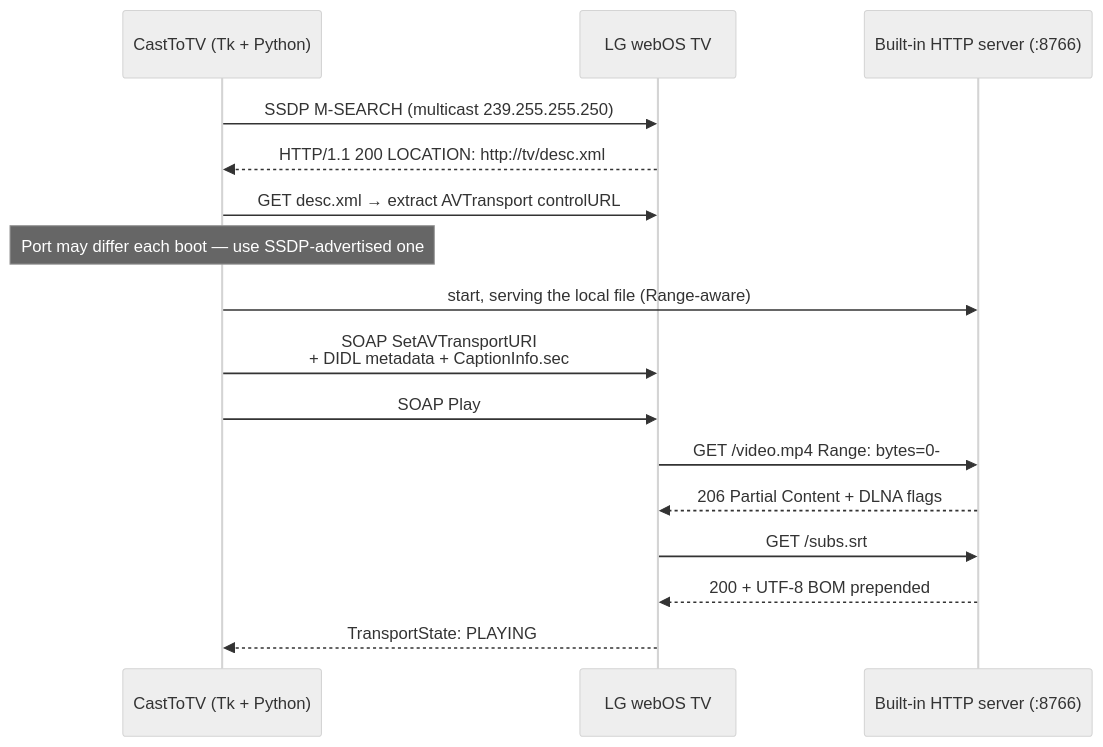
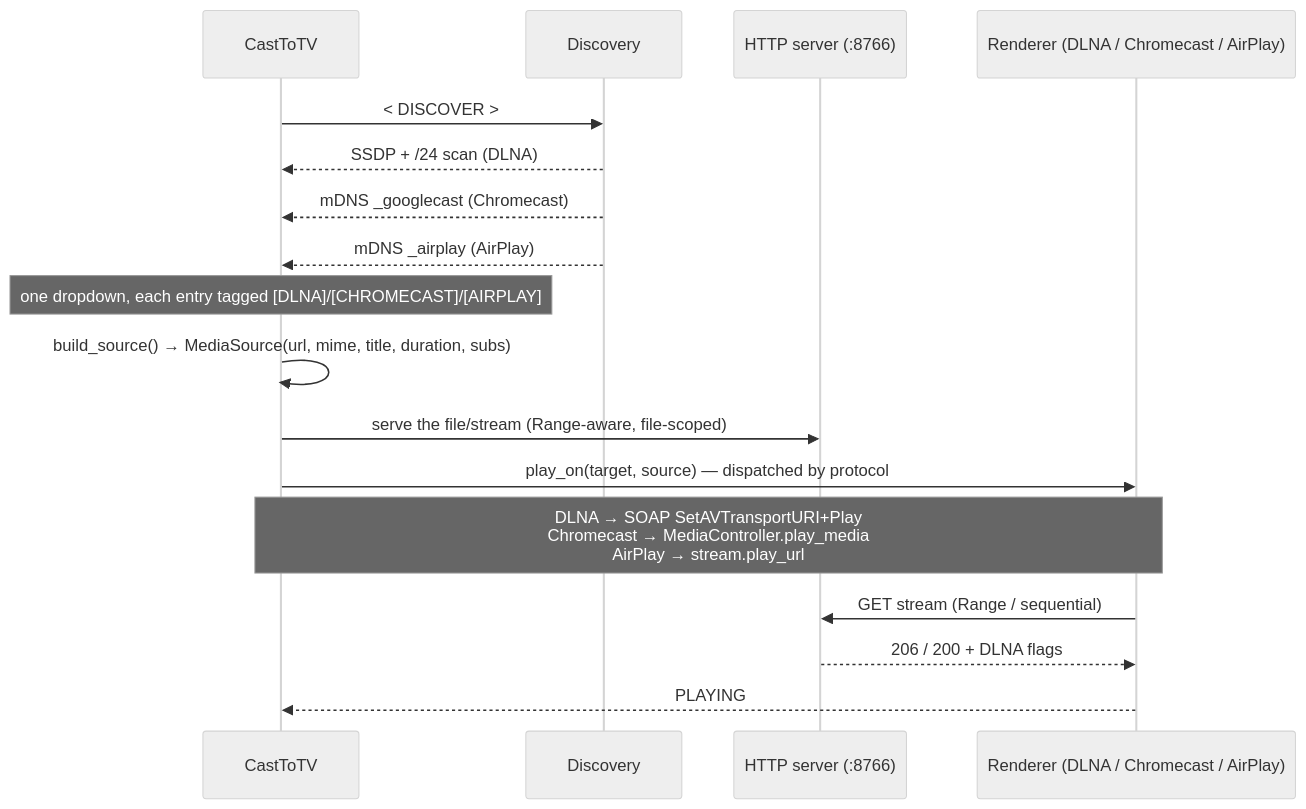
One commit to mikhailartamonov/CastToTV changed the second of 3 diagrams in README.md. Above: the diagram before and after it, drawn with Mermaid (neutral theme). The commit also changed other lines of this file and 1 other file, not shown here.

First line of the commit message:
docs: rewrite README for multi-protocol + multi-room; Linux screenshot

````diff
--- a/README.md
+++ b/README.md
@@ -78,20 +97,21 @@
 ```mermaid
 sequenceDiagram
-    participant App as CastToTV (Tk + Python)
-    participant TV as LG webOS TV
-    participant HTTP as Built-in HTTP server (:8766)
+    participant App as CastToTV
+    participant Disc as Discovery
+    participant HTTP as HTTP server (:8766)
+    participant Dev as Renderer (DLNA / Chromecast / AirPlay)
 
-    App->>TV: SSDP M-SEARCH (multicast 239.255.255.250)
-    TV-->>App: HTTP/1.1 200 LOCATION: http://tv/desc.xml
-    App->>TV: GET desc.xml → extract AVTransport controlURL
-    Note over App: Port may differ each boot — use SSDP-advertised one
+    App->>Disc: < DISCOVER >
+    Disc-->>App: SSDP + /24 scan  (DLNA)
+    Disc-->>App: mDNS _googlecast  (Chromecast)
+    Disc-->>App: mDNS _airplay     (AirPlay)
+    Note over App: one dropdown, each entry tagged [DLNA]/[CHROMECAST]/[AIRPLAY]
 
-    App->>HTTP: start, serving the local file (Range-aware)
-    App->>TV: SOAP SetAVTransportURI<br/>+ DIDL metadata + CaptionInfo.sec
-    App->>TV: SOAP Play
-    TV->>HTTP: GET /video.mp4 Range: bytes=0-
-    HTTP-->>TV: 206 Partial Content + DLNA flags
-    TV->>HTTP: GET /subs.srt
-    HTTP-->>TV: 200 + UTF-8 BOM prepended
-    TV-->>App: TransportState: PLAYING
+    App->>App: build_source() → MediaSource(url, mime, title, duration, subs)
+    App->>HTTP: serve the file/stream (Range-aware, file-scoped)
+    App->>Dev: play_on(target, source) — dispatched by protocol
+    Note over App,Dev: DLNA → SOAP SetAVTransportURI+Play<br/>Chromecast → MediaController.play_media<br/>AirPlay → stream.play_url
+    Dev->>HTTP: GET stream (Range / sequential)
+    HTTP-->>Dev: 206 / 200 + DLNA flags
+    Dev-->>App: PLAYING
 ```
````
